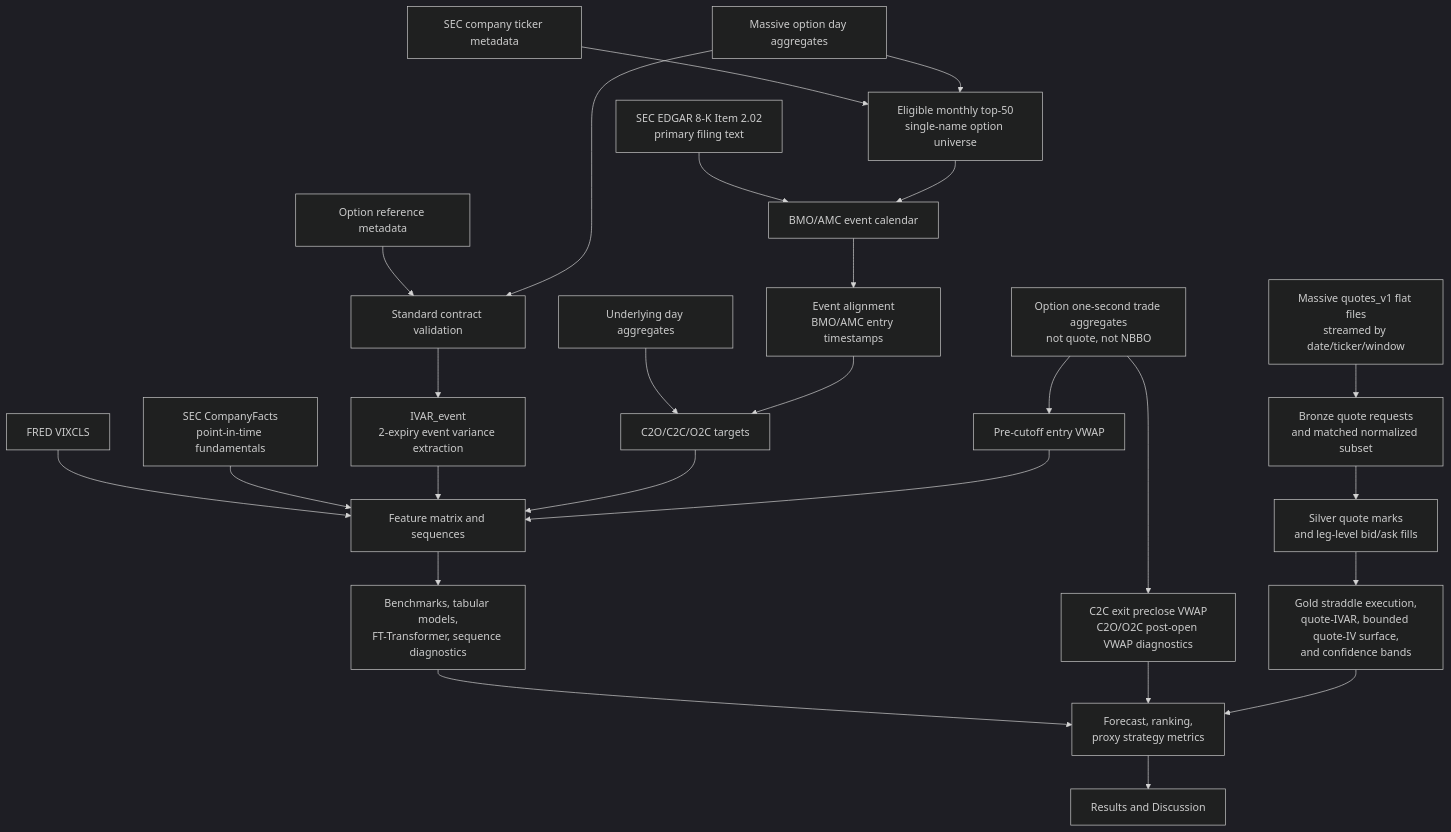
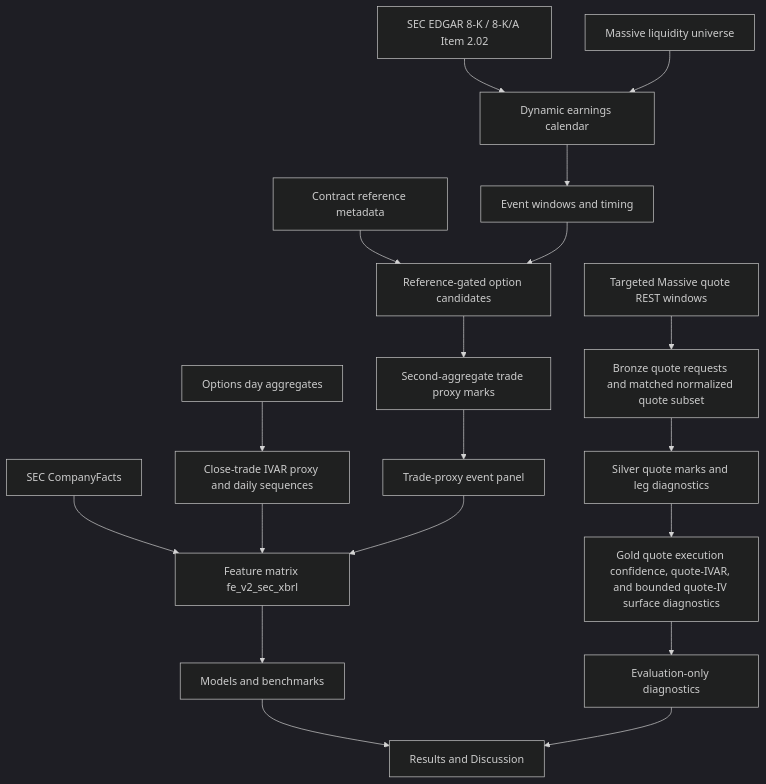
The diagram in docs/paper_plan.md (TY-Cheng/earnings-event-vol), drawn with Mermaid (dark theme) before and after one commit. The commit also changed other lines of this file and 26 other files, not shown here.

````diff
--- a/docs/paper_plan.md
+++ b/docs/paper_plan.md
@@ -343,28 +250,21 @@
 ```mermaid
-flowchart TB
-  sec["SEC EDGAR 8-K Item 2.02\nprimary filing text"] --> cal["BMO/AMC event calendar"]
-  secmeta["SEC company ticker metadata"] --> universe["Eligible monthly top-50\nsingle-name option universe"]
-  optday["Massive option day aggregates"] --> universe
-  universe --> cal
-  cal --> align["Event alignment\nBMO/AMC entry timestamps"]
-  stockday["Underlying day aggregates"] --> targets["C2O/C2C/O2C targets"]
-  align --> targets
-  optref["Option reference metadata"] --> contracts["Standard contract validation"]
-  optday --> contracts
-  contracts --> ivar["IVAR_event\n2-expiry event variance extraction"]
-  optsec["Option one-second trade aggregates\nnot quote, not NBBO"] --> entry["Pre-cutoff entry VWAP"]
-  optsec --> exit["C2C exit preclose VWAP\nC2O/O2C post-open VWAP diagnostics"]
-  quotes["Massive quotes_v1 flat files\nstreamed by date/ticker/window"] --> qbronze["Bronze quote requests\nand matched normalized subset"]
-  qbronze --> qsilver["Silver quote marks\nand leg-level bid/ask fills"]
-  qsilver --> qgold["Gold straddle execution,\nquote-IVAR, bounded quote-IV surface,\nand confidence bands"]
-  fred["FRED VIXCLS"] --> features["Feature matrix and sequences"]
-  secfacts["SEC CompanyFacts\npoint-in-time fundamentals"] --> features
+flowchart TD
+  sec["SEC EDGAR 8-K / 8-K/A Item 2.02"] --> cal["Dynamic earnings calendar"]
+  universe["Massive liquidity universe"] --> cal
+  cal --> windows["Event windows and timing"]
+  options["Options day aggregates"] --> ivar["Close-trade IVAR proxy and daily sequences"]
+  ref["Contract reference metadata"] --> contracts["Reference-gated option candidates"]
+  windows --> contracts
+  contracts --> trade["Second-aggregate trade proxy marks"]
+  trade --> panel["Trade-proxy event panel"]
+  quotes["Targeted Massive quote REST windows"] --> qbronze["Bronze quote requests and matched normalized quote subset"]
+  qbronze --> qsilver["Silver quote marks and leg diagnostics"]
+  qsilver --> qgold["Gold quote execution confidence, quote-IVAR, and bounded quote-IV surface diagnostics"]
+  secfacts["SEC CompanyFacts"] --> features["Feature matrix fe_v2_sec_xbrl"]
   ivar --> features
-  targets --> features
-  entry --> features
-  features --> models["Benchmarks, tabular models,\nFT-Transformer, sequence diagnostics"]
-  models --> metrics["Forecast, ranking,\nproxy strategy metrics"]
-  exit --> metrics
-  qgold --> metrics
-  metrics --> results["Results and Discussion"]
+  panel --> features
+  qgold --> diagnostics["Evaluation-only diagnostics"]
+  features --> models["Models and benchmarks"]
+  models --> results["Results and Discussion"]
+  diagnostics --> results
 ```
````
